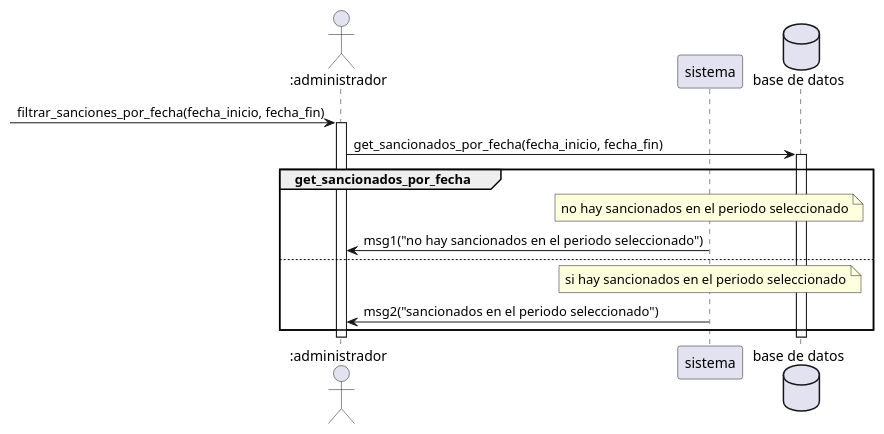
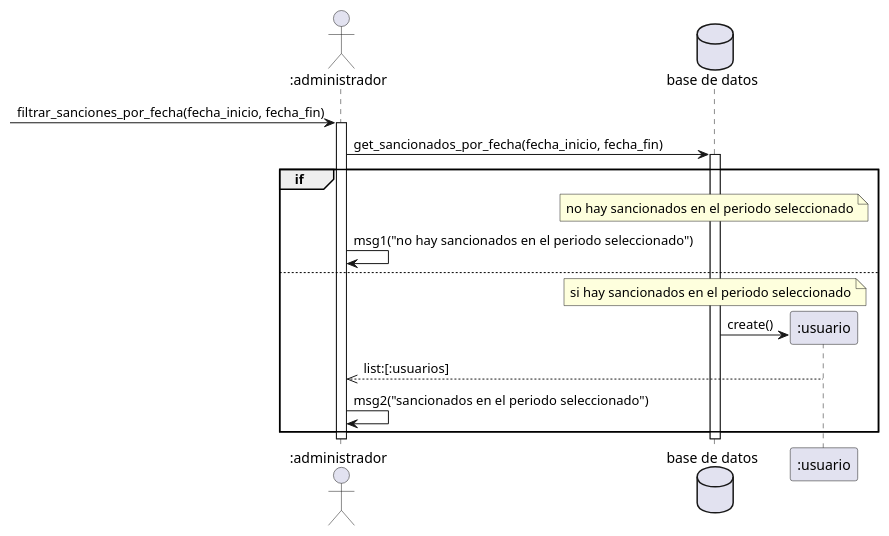
One commit to RubenE107/diagramas-de-dise-o-uml changed the diagram in Interacion3/Filtrar sanciones por fecha.puml. Above: the diagram before and after it, drawn with PlantUML. The commit also changed 1 other file, not shown here.

Commit message:
filtrar sanciones por fecha

```diff
--- a/Interacion3/Filtrar sanciones por fecha.puml
+++ b/Interacion3/Filtrar sanciones por fecha.puml
@@ -1,55 +1,56 @@
 @startuml
 actor ":administrador" as u
-participant "sistema" as s
 database "base de datos" as db
 ->u:filtrar_sanciones_por_fecha(fecha_inicio, fecha_fin)
 activate u
+
 u->db:get_sancionados_por_fecha(fecha_inicio, fecha_fin)
 activate db
-group get_sancionados_por_fecha
-note over s:no hay sancionados en el periodo seleccionado
-
-    s->u:msg1("no hay sancionados en el periodo seleccionado")
+group if
+note over db:no hay sancionados en el periodo seleccionado
+    u->u:msg1("no hay sancionados en el periodo seleccionado")
 else
-    note over s:si hay sancionados en el periodo seleccionado
-
-    s->u:msg2("sancionados en el periodo seleccionado")
+    note over db:si hay sancionados en el periodo seleccionado
+    create ":usuario" as a
+    db->a:create()
+    u<<--a:list:[:usuarios]
+    u->u:msg2("sancionados en el periodo seleccionado")
 
 end
 deactivate db
 deactivate u
 
 ' u -> s:iniciarSesion(correo,contraseña)
 ' activate s
 ' u -> s:LisarLectoresSacionados()
 ' activate s
 ' u -> s:presiona el boton listar por periodo
 ' s -> s: abre la ventana de seleccion de periodo usando un calendario
 ' s ->u: muestra la ventana de seleccion de periodo
 ' group seleccion de periodo
 ' u -> s: selecciona el periodo
 ' else no selecciona el periodo
 ' s->s:lisarLectoresSancionados()
 ' activate s
 ' deactivate s
 ' s->u:muestra los lectores sancionados
 ' else seleciona una fecha
 ' s->s:lisarLectoresSancionados(periodo)
 ' activate s
 ' deactivate s
 ' s->u:muestra los lectores sancionados
 ' else el sistema no encuentra lectores sancionados en el periodo seleccionado
 ' s->u:muestra un mensaje de que no hay lectores sancionados en el periodo seleccionado
 ' s->s:lisarLectoresSancionados()
 ' activate s
 ' deactivate s
 ' s->u:muestra los lectores sancionados
 
 ' end  
 ' s -> db: consulta los lectores sancionados en el periodo seleccionado
 ' activate db
 ' deactivate db
 ' s -> s: muestra los lectores sancionados en el periodo seleccionado
 
 
 @enduml
```
